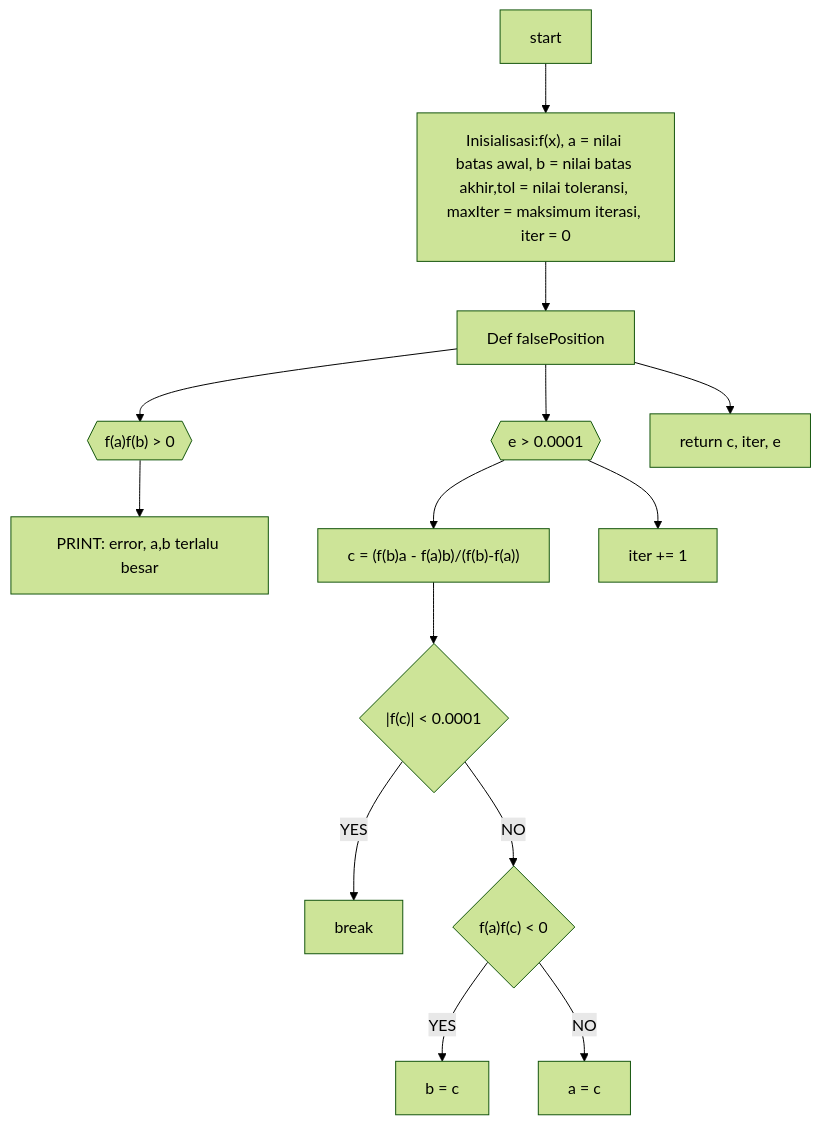
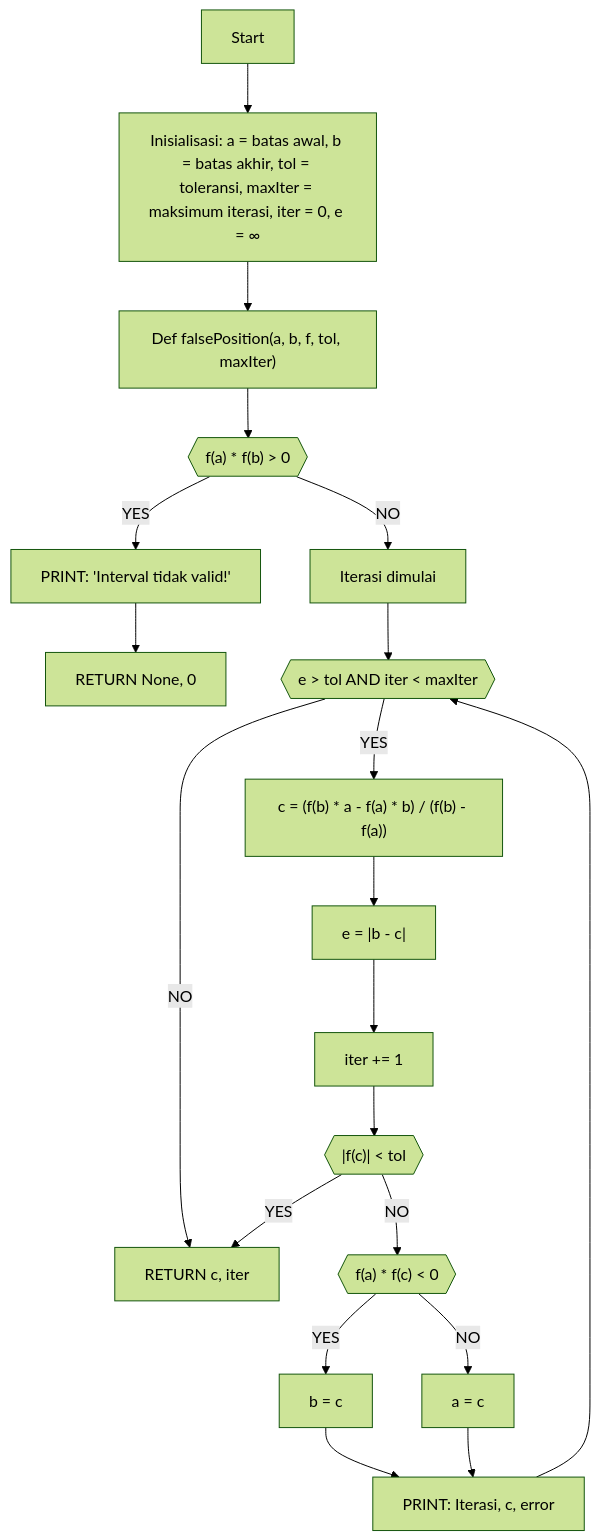
The diagram in Modul-2/falsePosition.mmd (aslabkomfis/Komputasi-Numerik-24-25), drawn with Mermaid (forest theme) before and after one commit.

```diff
--- a/Modul-2/falsePosition.mmd
+++ b/Modul-2/falsePosition.mmd
@@ -1,14 +1,21 @@
 flowchart TD;
-    A[start] --> B["Inisialisasi:f(x), a = nilai batas awal, b = nilai batas akhir,tol = nilai toleransi, maxIter = maksimum iterasi, iter = 0"]
-    B --> Z["Def falsePosition"]
-    Z --> C{{"f(a)f(b) > 0"}}
-    C --> D["PRINT: error, a,b terlalu besar"]
-    Z --> G{{"e > 0.0001"}}
-    G -->H["c = (f(b)a - f(a)b)/(f(b)-f(a))"]
-    H --> I{"|f(c)| < 0.0001"}
-    I -->|YES| J["break"]
-    I -->|NO| K{"f(a)f(c) < 0"} 
-    K --> |YES| L["b = c"]
-    K --> |NO| M["a = c"]
-    G --> N["iter += 1"]
-    Z --> X["return c, iter, e"]
+    A[Start] --> B["Inisialisasi: a = batas awal, b = batas akhir, tol = toleransi, maxIter = maksimum iterasi, iter = 0, e = ∞"]
+    B --> C["Def falsePosition(a, b, f, tol, maxIter)"]
+    C --> D{{"f(a) * f(b) > 0"}}
+    D --> |YES| E["PRINT: 'Interval tidak valid!'"]
+    E --> F["RETURN None, 0"]
+    D --> |NO| G["Iterasi dimulai"]
+    
+    G --> H{{"e > tol AND iter < maxIter"}}
+    H --> |NO| X["RETURN c, iter"]
+    H --> |YES| I["c = (f(b) * a - f(a) * b) / (f(b) - f(a))"]
+    I --> J["e = |b - c|"]
+    J --> K["iter += 1"]
+    K --> L{{"|f(c)| < tol"}}
+    L --> |YES| X["RETURN c, iter"]
+    L --> |NO| M{{"f(a) * f(c) < 0"}}
+    M --> |YES| N["b = c"]
+    M --> |NO| O["a = c"]
+    N --> P["PRINT: Iterasi, c, error"]
+    O --> P
+    P --> H
```
